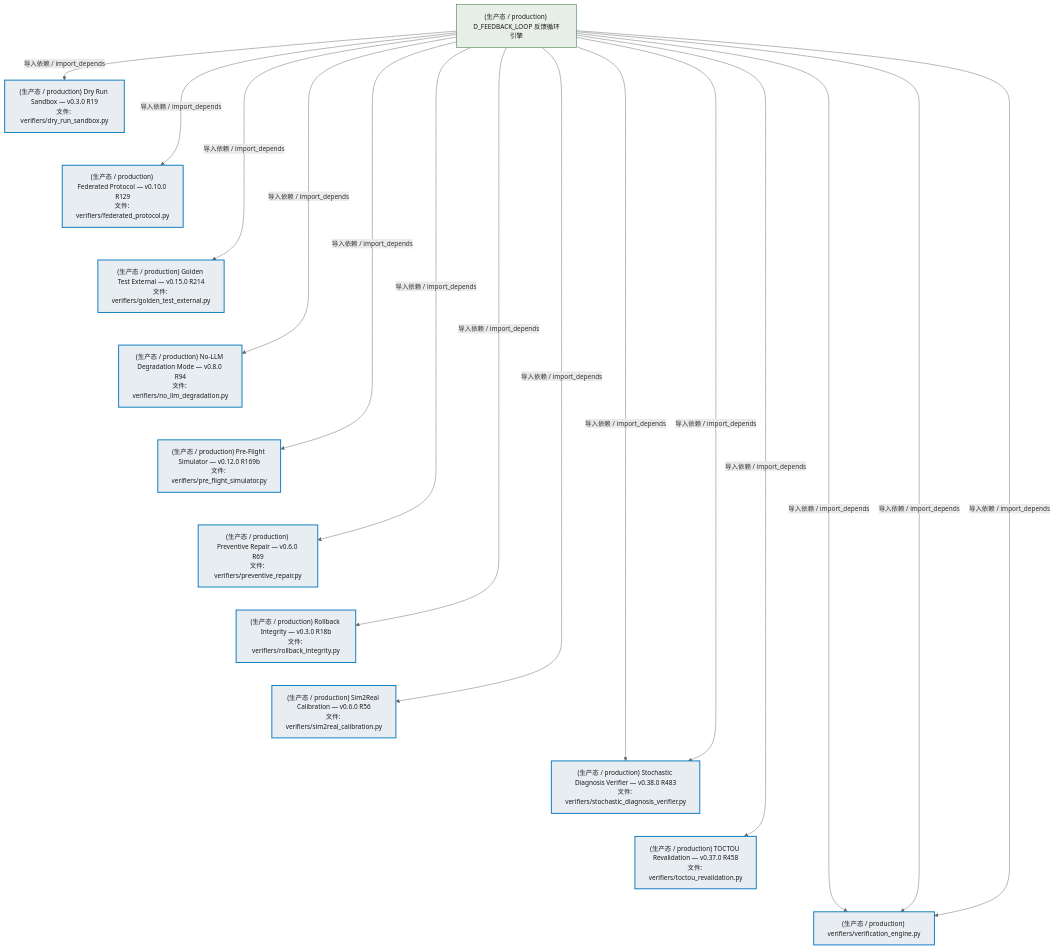
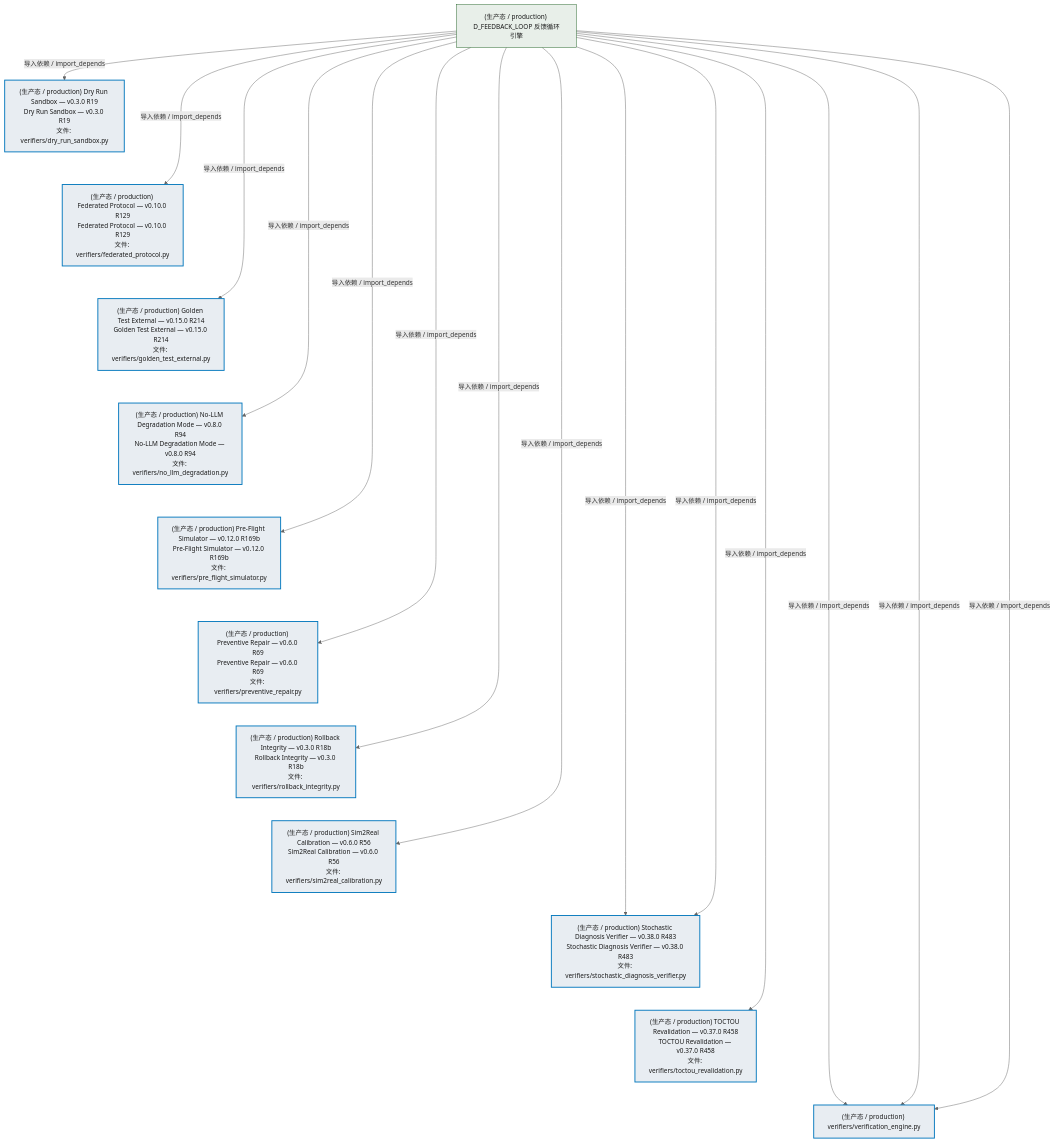
Before and after one commit to xuanFelixVan/ZephyrAlpha: the third of 5 diagrams in docs/02_enterprise_architecture/02_domain_architecture_docs/17_d_fbl_verification.md, drawn with Mermaid. The commit also changed other lines of this file and 80 other files, not shown here.

````diff
--- a/docs/02_enterprise_architecture/02_domain_architecture_docs/17_d_fbl_verification.md
+++ b/docs/02_enterprise_architecture/02_domain_architecture_docs/17_d_fbl_verification.md
@@ -302,46 +304,46 @@
 ```mermaid
 %%{init: {'theme': 'base', 'themeVariables': {'primaryColor': '#eaeaea', 'primaryTextColor': '#333333', 'primaryBorderColor': '#666666', 'lineColor': '#666666', 'secondaryColor': '#eaeaea', 'tertiaryColor': '#eaeaea', 'fontSize': '14px'}}}%%
 flowchart TD
-    src_zephyr_feedback_loop_verifiers_dry_run_sandbox_py["(生产态 / production) Dry Run Sandbox — v0.3.0 R19<br/>文件: verifiers/dry_run_sandbox.py"]
-    src_zephyr_feedback_loop_verifiers_federated_protocol_py["(生产态 / production) Federated Protocol — v0.10.0 R129<br/>文件: verifiers/federated_protocol.py"]
-    src_zephyr_feedback_loop_verifiers_golden_test_external_py["(生产态 / production) Golden Test External — v0.15.0 R214<br/>文件: verifiers/golden_test_external.py"]
-    src_zephyr_feedback_loop_verifiers_no_llm_degradation_py["(生产态 / production) No-LLM Degradation Mode — v0.8.0 R94<br/>文件: verifiers/no_llm_degradation.py"]
-    src_zephyr_feedback_loop_verifiers_pre_flight_simulator_py["(生产态 / production) Pre-Flight Simulator — v0.12.0 R169b<br/>文件: verifiers/pre_flight_simulator.py"]
-    src_zephyr_feedback_loop_verifiers_preventive_repair_py["(生产态 / production) Preventive Repair — v0.6.0 R69<br/>文件: verifiers/preventive_repair.py"]
-    src_zephyr_feedback_loop_verifiers_rollback_integrity_py["(生产态 / production) Rollback Integrity — v0.3.0 R18b<br/>文件: verifiers/rollback_integrity.py"]
-    src_zephyr_feedback_loop_verifiers_sim2real_calibration_py["(生产态 / production) Sim2Real Calibration — v0.6.0 R56<br/>文件: verifiers/sim2real_calibration.py"]
-    src_zephyr_feedback_loop_verifiers_stochastic_diagnosis_verifier_py["(生产态 / production) Stochastic Diagnosis Verifier — v0.38.0 R483<br/>文件: verifiers/stochastic_diagnosis_verifier.py"]
-    src_zephyr_feedback_loop_verifiers_toctou_revalidation_py["(生产态 / production) TOCTOU Revalidation — v0.37.0 R458<br/>文件: verifiers/toctou_revalidation.py"]
+    src_zephyr_feedback_loop_verifiers_dry_run_sandbox_py["(生产态 / production) Dry Run Sandbox — v0.3.0 R19<br/>Dry Run Sandbox — v0.3.0 R19<br/>文件: verifiers/dry_run_sandbox.py"]
+    src_zephyr_feedback_loop_verifiers_federated_protocol_py["(生产态 / production) Federated Protocol — v0.10.0 R129<br/>Federated Protocol — v0.10.0 R129<br/>文件: verifiers/federated_protocol.py"]
+    src_zephyr_feedback_loop_verifiers_golden_test_external_py["(生产态 / production) Golden Test External — v0.15.0 R214<br/>Golden Test External — v0.15.0 R214<br/>文件: verifiers/golden_test_external.py"]
+    src_zephyr_feedback_loop_verifiers_no_llm_degradation_py["(生产态 / production) No-LLM Degradation Mode — v0.8.0 R94<br/>No-LLM Degradation Mode — v0.8.0 R94<br/>文件: verifiers/no_llm_degradation.py"]
+    src_zephyr_feedback_loop_verifiers_pre_flight_simulator_py["(生产态 / production) Pre-Flight Simulator — v0.12.0 R169b<br/>Pre-Flight Simulator — v0.12.0 R169b<br/>文件: verifiers/pre_flight_simulator.py"]
+    src_zephyr_feedback_loop_verifiers_preventive_repair_py["(生产态 / production) Preventive Repair — v0.6.0 R69<br/>Preventive Repair — v0.6.0 R69<br/>文件: verifiers/preventive_repair.py"]
+    src_zephyr_feedback_loop_verifiers_rollback_integrity_py["(生产态 / production) Rollback Integrity — v0.3.0 R18b<br/>Rollback Integrity — v0.3.0 R18b<br/>文件: verifiers/rollback_integrity.py"]
+    src_zephyr_feedback_loop_verifiers_sim2real_calibration_py["(生产态 / production) Sim2Real Calibration — v0.6.0 R56<br/>Sim2Real Calibration — v0.6.0 R56<br/>文件: verifiers/sim2real_calibration.py"]
+    src_zephyr_feedback_loop_verifiers_stochastic_diagnosis_verifier_py["(生产态 / production) Stochastic Diagnosis Verifier — v0.38.0 R483<br/>Stochastic Diagnosis Verifier — v0.38.0 R483<br/>文件: verifiers/stochastic_diagnosis_verifier.py"]
+    src_zephyr_feedback_loop_verifiers_toctou_revalidation_py["(生产态 / production) TOCTOU Revalidation — v0.37.0 R458<br/>TOCTOU Revalidation — v0.37.0 R458<br/>文件: verifiers/toctou_revalidation.py"]
     src_zephyr_feedback_loop_verifiers_verification_engine_py["(生产态 / production) verifiers/verification_engine.py"]
     src_zephyr_feedback_loop_verifiers_dry_run_sandbox_py ~~~ src_zephyr_feedback_loop_verifiers_federated_protocol_py
     src_zephyr_feedback_loop_verifiers_federated_protocol_py ~~~ src_zephyr_feedback_loop_verifiers_golden_test_external_py
     src_zephyr_feedback_loop_verifiers_golden_test_external_py ~~~ src_zephyr_feedback_loop_verifiers_no_llm_degradation_py
     src_zephyr_feedback_loop_verifiers_no_llm_degradation_py ~~~ src_zephyr_feedback_loop_verifiers_pre_flight_simulator_py
     src_zephyr_feedback_loop_verifiers_pre_flight_simulator_py ~~~ src_zephyr_feedback_loop_verifiers_preventive_repair_py
     src_zephyr_feedback_loop_verifiers_preventive_repair_py ~~~ src_zephyr_feedback_loop_verifiers_rollback_integrity_py
     src_zephyr_feedback_loop_verifiers_rollback_integrity_py ~~~ src_zephyr_feedback_loop_verifiers_sim2real_calibration_py
     src_zephyr_feedback_loop_verifiers_sim2real_calibration_py ~~~ src_zephyr_feedback_loop_verifiers_stochastic_diagnosis_verifier_py
     src_zephyr_feedback_loop_verifiers_stochastic_diagnosis_verifier_py ~~~ src_zephyr_feedback_loop_verifiers_toctou_revalidation_py
     src_zephyr_feedback_loop_verifiers_toctou_revalidation_py ~~~ src_zephyr_feedback_loop_verifiers_verification_engine_py
     D_FEEDBACK_LOOP["(生产态 / production) D_FEEDBACK_LOOP 反馈循环引擎"]
     D_FEEDBACK_LOOP -->|导入依赖 / import_depends| src_zephyr_feedback_loop_verifiers_sim2real_calibration_py
     D_FEEDBACK_LOOP -->|导入依赖 / import_depends| src_zephyr_feedback_loop_verifiers_verification_engine_py
     D_FEEDBACK_LOOP -->|导入依赖 / import_depends| src_zephyr_feedback_loop_verifiers_no_llm_degradation_py
     D_FEEDBACK_LOOP -->|导入依赖 / import_depends| src_zephyr_feedback_loop_verifiers_golden_test_external_py
     D_FEEDBACK_LOOP -->|导入依赖 / import_depends| src_zephyr_feedback_loop_verifiers_stochastic_diagnosis_verifier_py
     D_FEEDBACK_LOOP -->|导入依赖 / import_depends| src_zephyr_feedback_loop_verifiers_verification_engine_py
     D_FEEDBACK_LOOP -->|导入依赖 / import_depends| src_zephyr_feedback_loop_verifiers_preventive_repair_py
     D_FEEDBACK_LOOP -->|导入依赖 / import_depends| src_zephyr_feedback_loop_verifiers_toctou_revalidation_py
     D_FEEDBACK_LOOP -->|导入依赖 / import_depends| src_zephyr_feedback_loop_verifiers_stochastic_diagnosis_verifier_py
     D_FEEDBACK_LOOP -->|导入依赖 / import_depends| src_zephyr_feedback_loop_verifiers_dry_run_sandbox_py
     D_FEEDBACK_LOOP -->|导入依赖 / import_depends| src_zephyr_feedback_loop_verifiers_federated_protocol_py
     D_FEEDBACK_LOOP -->|导入依赖 / import_depends| src_zephyr_feedback_loop_verifiers_pre_flight_simulator_py
     D_FEEDBACK_LOOP -->|导入依赖 / import_depends| src_zephyr_feedback_loop_verifiers_rollback_integrity_py
     D_FEEDBACK_LOOP -->|导入依赖 / import_depends| src_zephyr_feedback_loop_verifiers_verification_engine_py
     classDef production fill:#e8edf2,stroke:#0277bd,stroke-width:2px,color:#1a1a1a
     classDef design fill:#f0ebe3,stroke:#bf360c,stroke-width:2px,color:#1a1a1a,stroke-dasharray: 5 5
     classDef external_prod fill:#e8efe9,stroke:#1b5e20,stroke-width:1px,color:#1a1a1a
     classDef external_design fill:#efe5ea,stroke:#880e4f,stroke-width:1px,color:#1a1a1a,stroke-dasharray: 5 5
     class src_zephyr_feedback_loop_verifiers_dry_run_sandbox_py,src_zephyr_feedback_loop_verifiers_federated_protocol_py,src_zephyr_feedback_loop_verifiers_golden_test_external_py,src_zephyr_feedback_loop_verifiers_no_llm_degradation_py,src_zephyr_feedback_loop_verifiers_pre_flight_simulator_py,src_zephyr_feedback_loop_verifiers_preventive_repair_py,src_zephyr_feedback_loop_verifiers_rollback_integrity_py,src_zephyr_feedback_loop_verifiers_sim2real_calibration_py,src_zephyr_feedback_loop_verifiers_stochastic_diagnosis_verifier_py,src_zephyr_feedback_loop_verifiers_toctou_revalidation_py,src_zephyr_feedback_loop_verifiers_verification_engine_py production
     class D_FEEDBACK_LOOP external_prod
 ```
````
